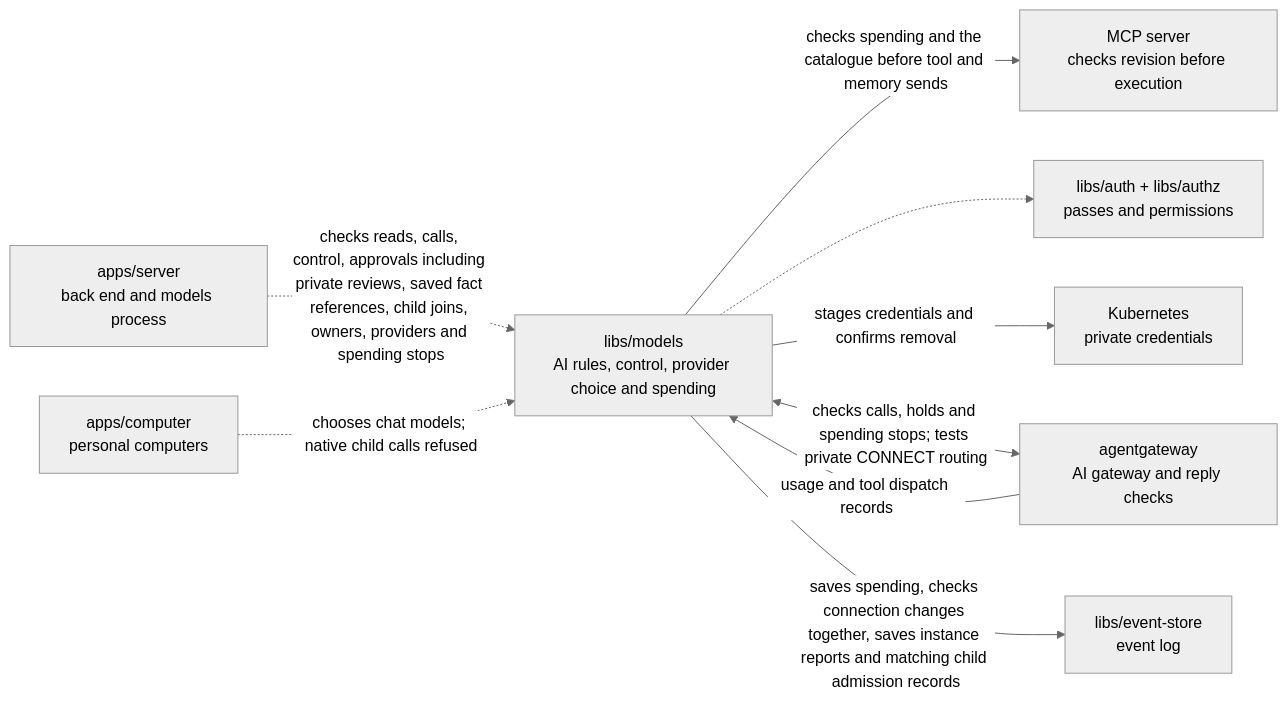
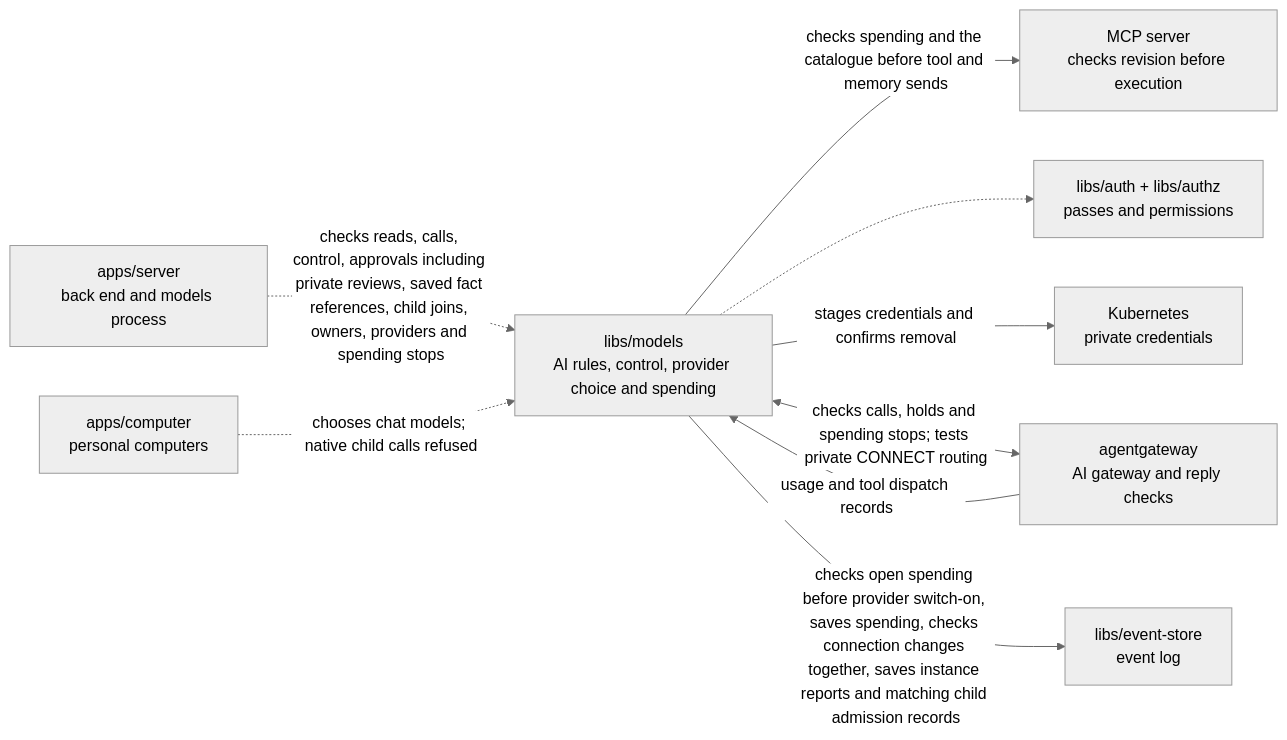
One commit to elewa-git/opencrane-new changed the diagram in libs/models/README.md. Above: the diagram before and after it, drawn with Mermaid (neutral theme). The commit also changed other lines of this file and 13 other files, not shown here.

First line of the commit message:
🔌 Provider switch-on is recorded only after every open hold and send has settled (#391)

````diff
--- a/libs/models/README.md
+++ b/libs/models/README.md
@@ -14,11 +14,11 @@
 ```mermaid
 flowchart LR
   server["apps/server<br/>back end and models process"] -.->|checks reads, calls, control, approvals including private reviews, saved fact references, child joins, owners, providers and spending stops| models["libs/models<br/>AI rules, control, provider choice and spending"]
   models -->|checks spending and the catalogue before tool and memory sends| mcp["MCP server<br/>checks revision before execution"]
   computer["apps/computer<br/>personal computers"] -.->|chooses chat models; native child calls refused| models
   models -.-> auth["libs/auth + libs/authz<br/>passes and permissions"]
   models -->|stages credentials and confirms removal| custody["Kubernetes<br/>private credentials"]
   models <-->|checks calls, holds and spending stops; tests private CONNECT routing| gateway["agentgateway<br/>AI gateway and reply checks"]
   gateway -->|usage and tool dispatch records| models
-  models -->|saves spending, checks connection changes together, saves instance reports and matching child admission records| store["libs/event-store<br/>event log"]
+  models -->|checks open spending before provider switch-on, saves spending, checks connection changes together, saves instance reports and matching child admission records| store["libs/event-store<br/>event log"]
 ```
````
